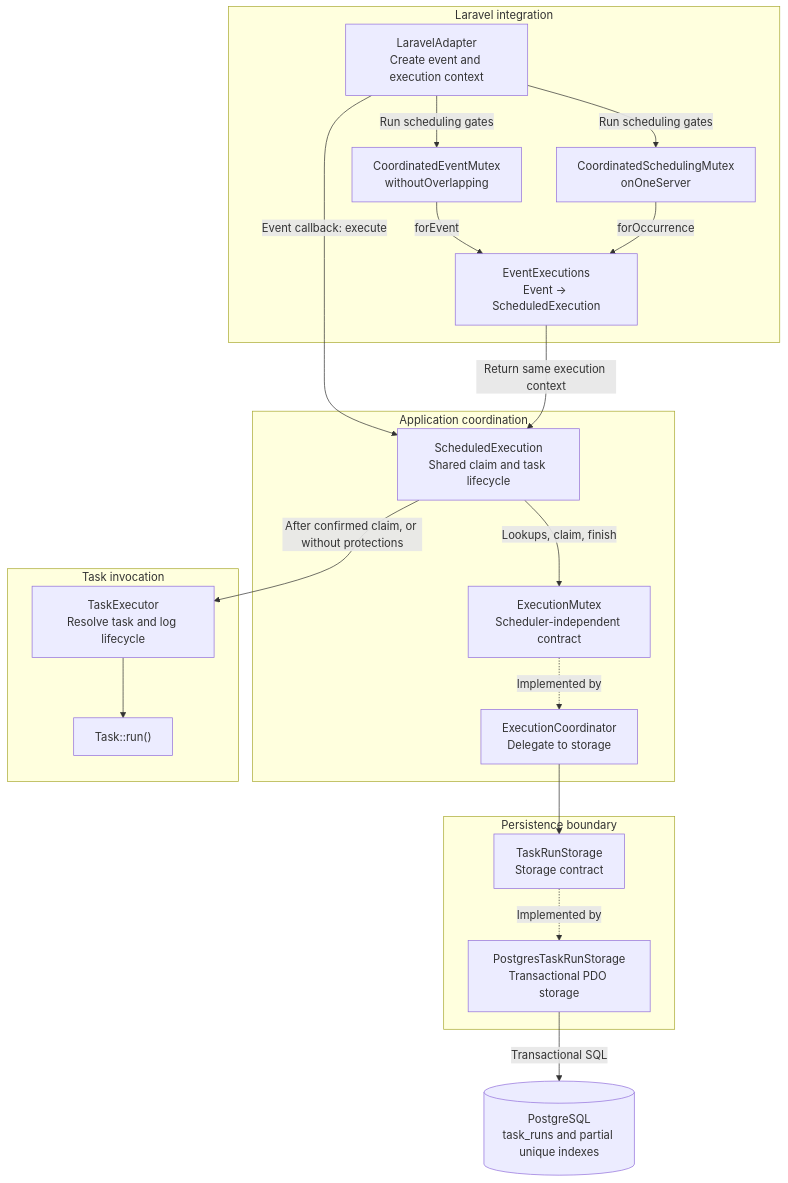
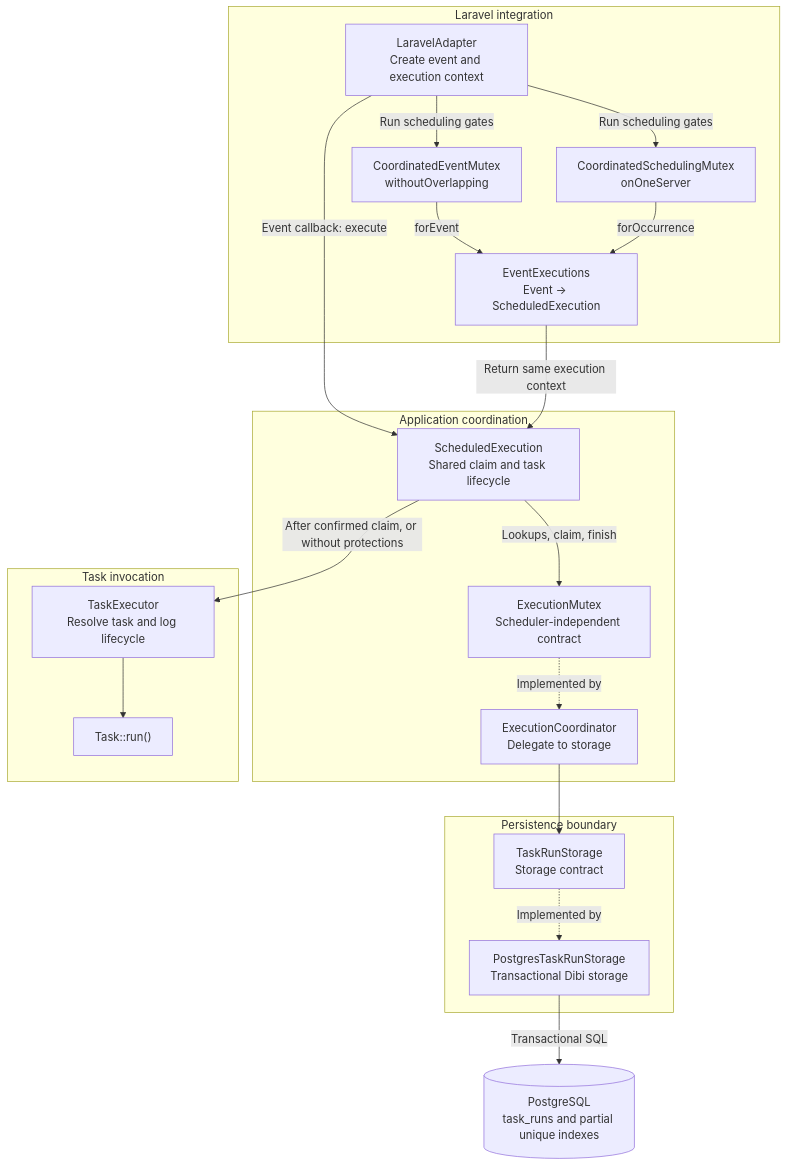
Before and after one commit to pupitooo/emorfiq-adapter: the diagram in docs/execution/mutex-layers.md, drawn with Mermaid. The commit also changed other lines of this file and 87 other files, not shown here.

Commit message:
Use Dibi connections, add Adapter UI and run recovery acceptance tests (#22)

````diff
--- a/docs/execution/mutex-layers.md
+++ b/docs/execution/mutex-layers.md
@@ -10,39 +10,39 @@
 ```mermaid
 flowchart TB
     subgraph Laravel["Laravel integration"]
         Adapter["LaravelAdapter<br/>Create event and execution context"]
         EventMutex["CoordinatedEventMutex<br/>withoutOverlapping"]
         SchedulingMutex["CoordinatedSchedulingMutex<br/>onOneServer"]
         Registry["EventExecutions<br/>Event → ScheduledExecution"]
         Adapter -->|Run scheduling gates| EventMutex
         Adapter -->|Run scheduling gates| SchedulingMutex
         EventMutex -->|forEvent| Registry
         SchedulingMutex -->|forOccurrence| Registry
     end
 
     subgraph Application["Application coordination"]
         Execution["ScheduledExecution<br/>Shared claim and task lifecycle"]
         Mutex["ExecutionMutex<br/>Scheduler-independent contract"]
         Coordinator["ExecutionCoordinator<br/>Delegate to storage"]
         Execution -->|Lookups, claim, finish| Mutex
         Mutex -.->|Implemented by| Coordinator
     end
 
     subgraph Persistence["Persistence boundary"]
         Storage["TaskRunStorage<br/>Storage contract"]
-        Postgres["PostgresTaskRunStorage<br/>Transactional PDO storage"]
+        Postgres["PostgresTaskRunStorage<br/>Transactional Dibi storage"]
         Storage -.->|Implemented by| Postgres
     end
 
     subgraph Invocation["Task invocation"]
         Executor["TaskExecutor<br/>Resolve task and log lifecycle"]
         Task["Task::run()"]
         Executor --> Task
     end
 
     Adapter -->|Event callback: execute| Execution
     Registry -->|Return same execution context| Execution
     Coordinator --> Storage
     Postgres -->|Transactional SQL| DB[("PostgreSQL<br/>task_runs and partial unique indexes")]
     Execution -->|After confirmed claim, or without protections| Executor
 ```
````
